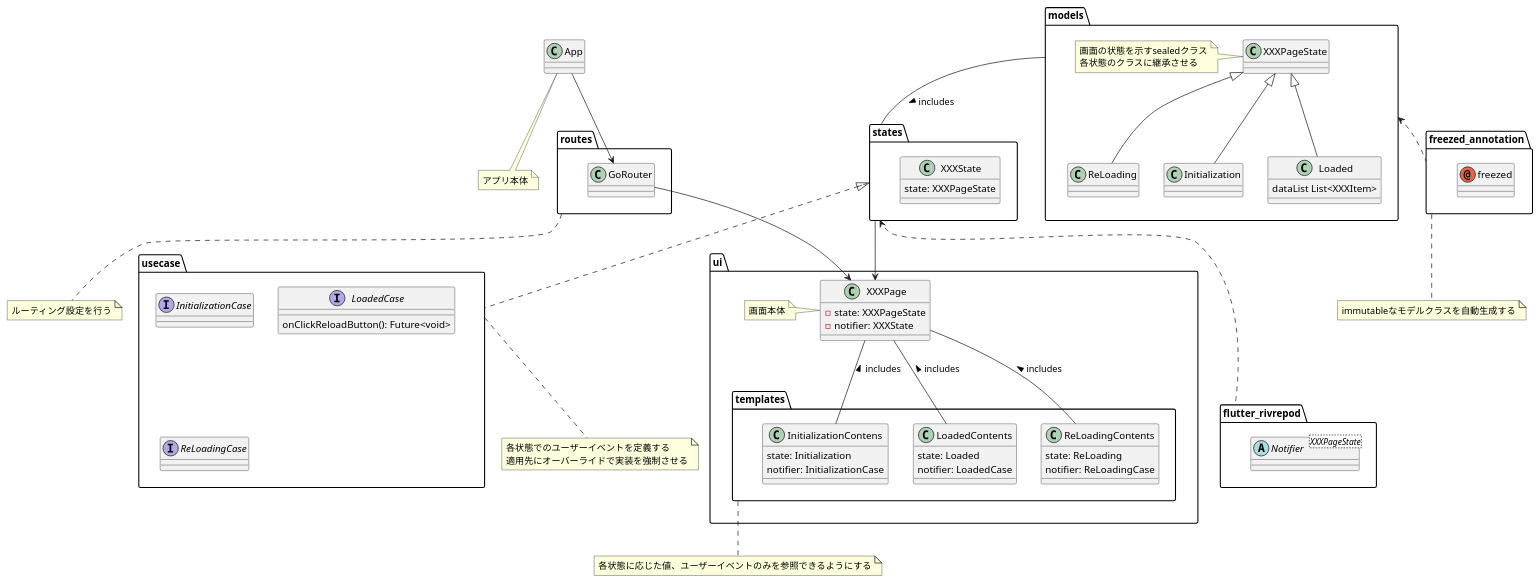
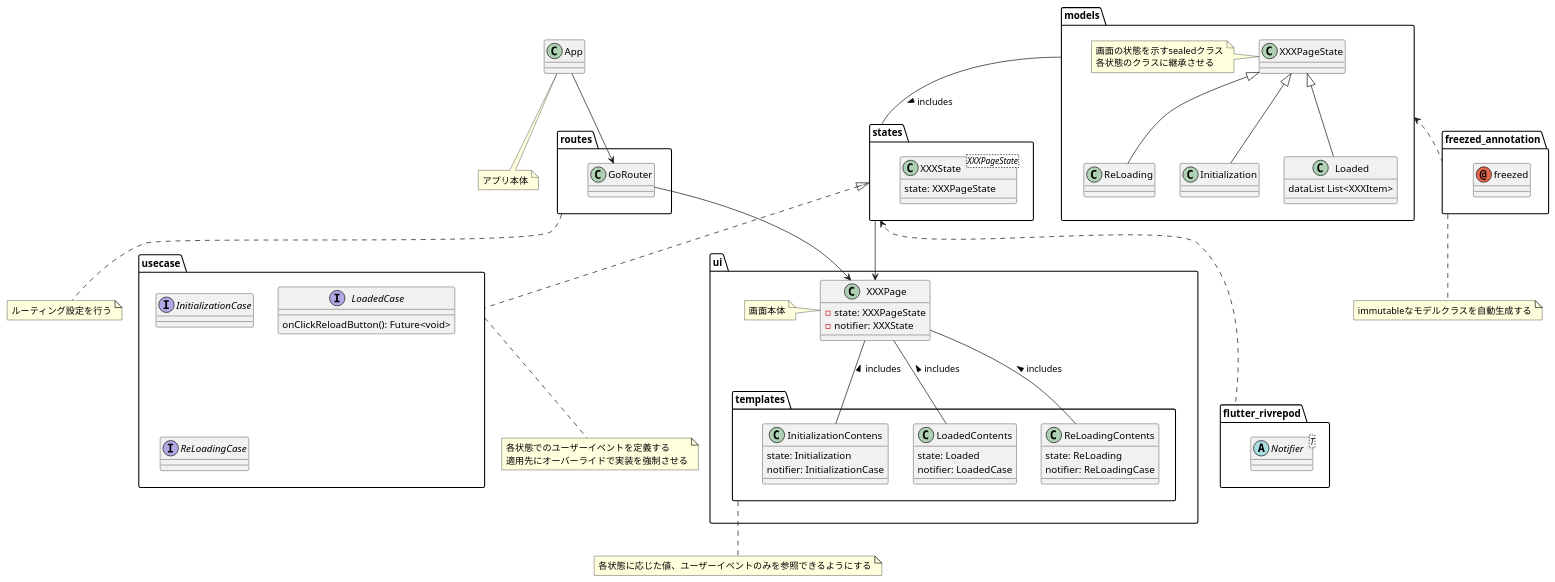
The diagram in documents/uml/class.pu (njm-khaki/Simple-Pokedex), drawn with PlantUML before and after one commit. The commit also changed 6 other files, not shown here.

```diff
--- a/documents/uml/class.pu
+++ b/documents/uml/class.pu
@@ -1,149 +1,149 @@
 @startuml
 
 class App {}
 
 folder "routes" as Routes {
     class GoRouter {}
 }
 
 package ui {
     class XXXPage {
         - state: XXXPageState
         - notifier: XXXState
     }
     note left 
         画面本体
     end note
 
     folder "templates" as Templates {
         class InitializationContens {
             state: Initialization
             notifier: InitializationCase
         }
         ' class InitializationErrorContens {
         '     state: InitializationError
         '     notifier: InitializationErrorCase
         ' }
         class LoadedContents {
             state: Loaded
             notifier: LoadedCase
         }
         class ReLoadingContents {
             state: ReLoading
             notifier: ReLoadingCase
         }
         ' class ReLoadErrorContents {
         '     state: ReLoadError
         '     notifier: ReLoadErrorCase
         ' }
     }
 }
 
 package states {
-    class XXXState {
+    class XXXState<XXXPageState> {
         state: XXXPageState
     }
 }
 
 package flutter_rivrepod {
-    abstract class Notifier<XXXPageState> {}
+    abstract class Notifier<T> {}
 }
 
 folder "models" as Models {
     class XXXPageState {}
     note left
     画面の状態を示すsealedクラス
     各状態のクラスに継承させる
     end note
 
     class Initialization {}
 
     ' class InitializationError {}
 
     class Loaded {
         dataList List<XXXItem>
     }
 
     class ReLoading {}
 
     ' class ReLoadError {}
 }
 
 folder "usecase" as Usecase {
     interface InitializationCase {}
 
     ' abstract class InitializationErrorCase {}
 
     interface LoadedCase {
         onClickReloadButton(): Future<void>
     }
 
     interface ReLoadingCase {}
 
     ' abstract class ReLoadErrorCase {}
 }
 
 folder "freezed_annotation" as FreezedAnnotation {
     annotation freezed
 }
 
 App --> GoRouter
 GoRouter --> XXXPage
 states --> XXXPage
 
 XXXPageState <|-- Initialization
 ' XXXPageState <|-- InitializationError
 XXXPageState <|-- Loaded
 XXXPageState <|-- ReLoading
 ' XXXPageState <|-- ReLoadError
 
 ' XXXState <|-- Notifier
 Models -- states : includes >
 
 states <|.. Usecase
 ' XXXState <|.. InitializationCase
 ' XXXState <|.. InitializationErrorCase
 ' XXXState <|.. LoadedCase
 ' XXXState <|.. ReLoadingCase
 ' XXXState <|.. ReLoadErrorCase
 
 XXXPage -- InitializationContens : includes <
 ' XXXPage - InitializationErrorContens : includes <
 XXXPage -- LoadedContents : includes <
 XXXPage -- ReLoadingContents : includes <
 ' XXXPage - ReLoadErrorContents : includes <
 
 ' InitializationContens -- Initialization : includes >
 ' InitializationContens -- InitializationCase : includes >
 
 ' InitializationErrorContens -- InitializationError : includes >
 ' InitializationErrorContens -- InitializationErrorCase : includes >
 
 ' LoadedContents -- Loaded : includes >
 ' LoadedContents -- LoadedCase : includes >
 
 ' ReLoadingContents -- Reloading : includes >
 ' ReLoadingContents -- ReLoadingCase : includes >
 
 ' ReLoadErrorContents -- ReLoadError : includes >
 ' ReLoadErrorContents -- ReLoadErrorCase : includes >
 
 Models <.. FreezedAnnotation
 states <... flutter_rivrepod
 
 note "immutableなモデルクラスを自動生成する" as FreezedAnnotationComments
 FreezedAnnotation .. FreezedAnnotationComments
 
 note "各状態に応じた値、ユーザーイベントのみを参照できるようにする" as TemplatesComments
 Templates .. TemplatesComments
 
 note "各状態でのユーザーイベントを定義する\n適用先にオーバーライドで実装を強制させる" as UsecaseComments
 Usecase .. UsecaseComments
 
 note "ルーティング設定を行う" as RoutesComments
 Routes .. RoutesComments
 
 note "アプリ本体" as AppComments
 App .. AppComments
 
 @enduml
```
